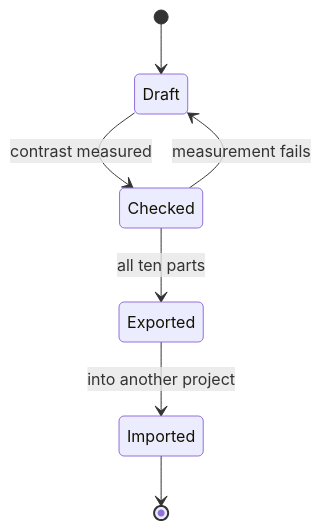
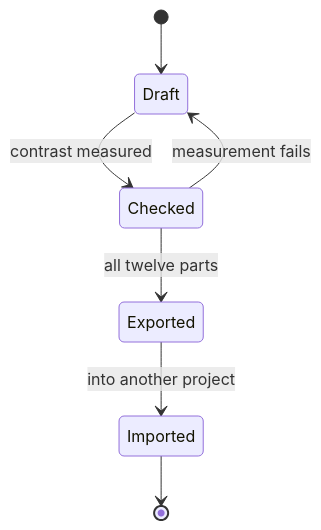
One commit to boxi-os/Quartz-Example-Template changed the first of 3 diagrams in en/2-formatting/09-diagrams/process.md. Above: the diagram before and after it, drawn with Mermaid. The commit also changed other lines of this file and 5 other files, not shown here.

First line of the commit message:
Die Bausteine sind zwölf, nicht zehn — auch in den Diagrammen

````diff
--- a/en/2-formatting/09-diagrams/process.md
+++ b/en/2-formatting/09-diagrams/process.md
@@ -26,9 +26,9 @@
 ```mermaid
 stateDiagram-v2
     [*] --> Draft
     Draft --> Checked: contrast measured
-    Checked --> Exported: all ten parts
+    Checked --> Exported: all twelve parts
     Exported --> Imported: into another project
     Imported --> [*]
     Checked --> Draft: measurement fails
 ```
````
